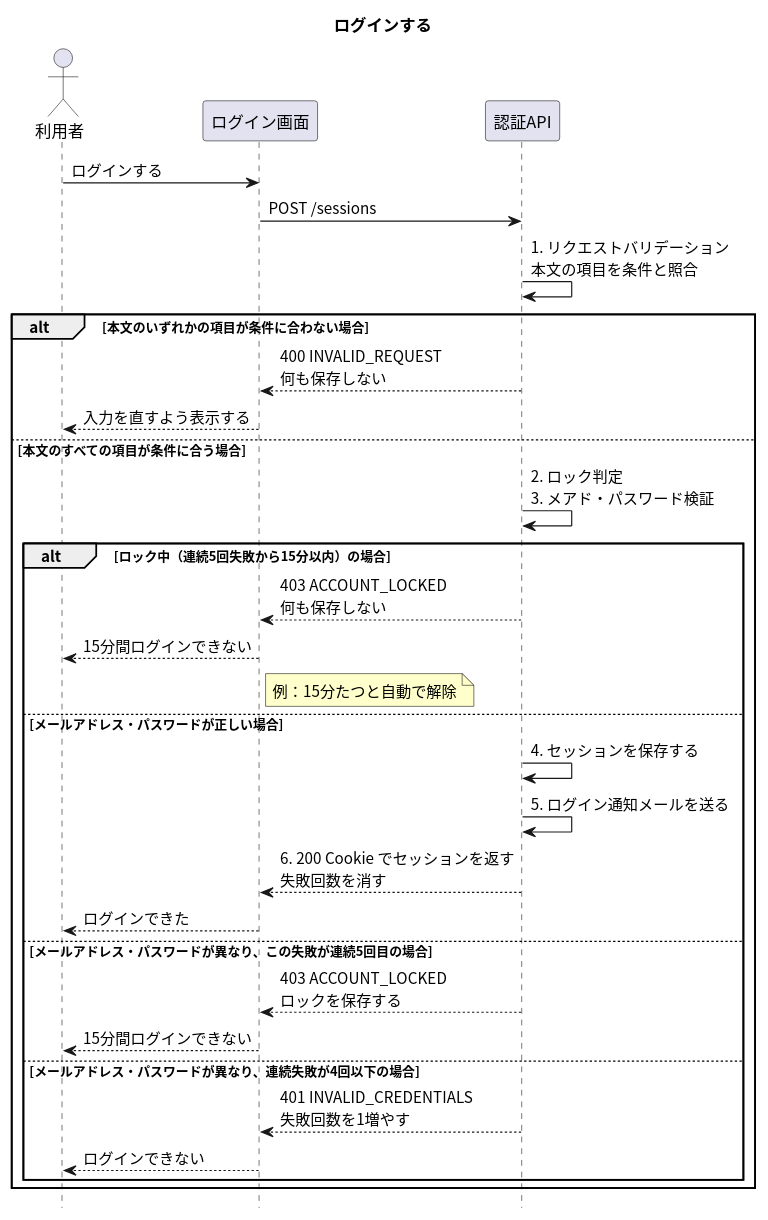
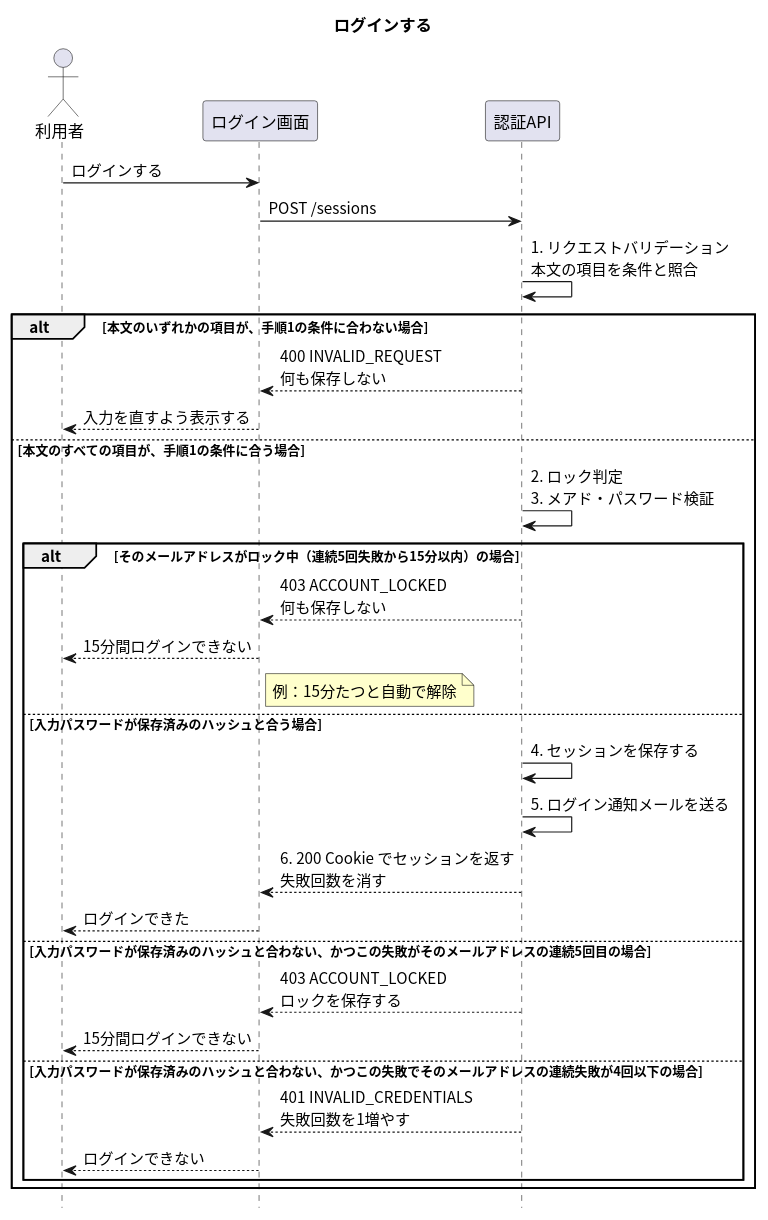
The diagram in apis/login/入口.puml (masamasamasato/design-doc-template), drawn with PlantUML before and after one commit. The commit also changed 10 other files, not shown here.

```diff
--- a/apis/login/入口.puml
+++ b/apis/login/入口.puml
@@ -1,39 +1,39 @@
 @startuml
 skinparam shadowing false
 skinparam defaultFontName "Noto Sans CJK JP"
 skinparam SequenceFontName "Noto Sans CJK JP"
 skinparam NoteBackgroundColor #FFFFCC
 hide footbox
 
 title ログインする
 
 actor "利用者" as User
 participant "ログイン画面" as Screen
 participant "認証API" as API
 
 User -> Screen : ログインする
 Screen -> API : POST /sessions
 API -> API : 1. リクエストバリデーション\n本文の項目を条件と照合
-alt 本文のいずれかの項目が条件に合わない場合
+alt 本文のいずれかの項目が、手順1の条件に合わない場合
   API --> Screen : 400 INVALID_REQUEST\n何も保存しない
   Screen --> User : 入力を直すよう表示する
-else 本文のすべての項目が条件に合う場合
+else 本文のすべての項目が、手順1の条件に合う場合
   API -> API : 2. ロック判定\n3. メアド・パスワード検証
-  alt ロック中（連続5回失敗から15分以内）の場合
+  alt そのメールアドレスがロック中（連続5回失敗から15分以内）の場合
     API --> Screen : 403 ACCOUNT_LOCKED\n何も保存しない
     Screen --> User : 15分間ログインできない
     note right of Screen : 例：15分たつと自動で解除
-  else メールアドレス・パスワードが正しい場合
+  else 入力パスワードが保存済みのハッシュと合う場合
     API -> API : 4. セッションを保存する
     API -> API : 5. ログイン通知メールを送る
     API --> Screen : 6. 200 Cookie でセッションを返す\n失敗回数を消す
     Screen --> User : ログインできた
-  else メールアドレス・パスワードが異なり、この失敗が連続5回目の場合
+  else 入力パスワードが保存済みのハッシュと合わない、かつこの失敗がそのメールアドレスの連続5回目の場合
     API --> Screen : 403 ACCOUNT_LOCKED\nロックを保存する
     Screen --> User : 15分間ログインできない
-  else メールアドレス・パスワードが異なり、連続失敗が4回以下の場合
+  else 入力パスワードが保存済みのハッシュと合わない、かつこの失敗でそのメールアドレスの連続失敗が4回以下の場合
     API --> Screen : 401 INVALID_CREDENTIALS\n失敗回数を1増やす
     Screen --> User : ログインできない
   end
 end
 @enduml
```
